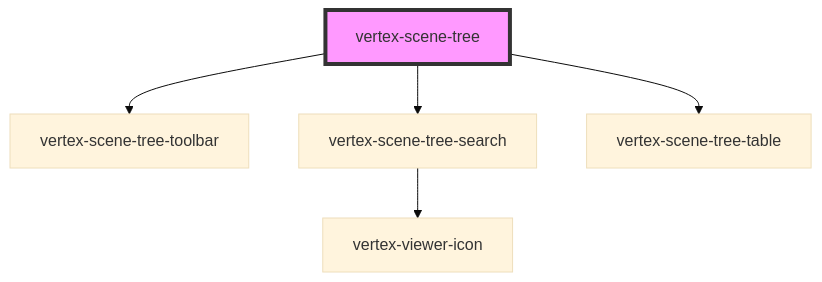
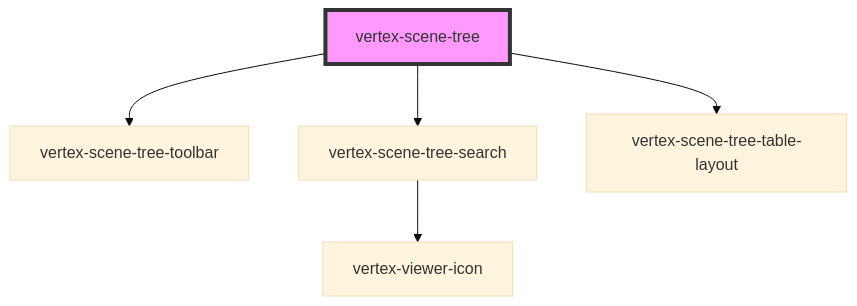
Before and after one commit to Vertexvis/vertex-web-sdk: the diagram in packages/viewer/src/components/scene-tree/readme.md, drawn with Mermaid (base theme). The commit also changed other lines of this file and 4 other files, not shown here.

````diff
--- a/packages/viewer/src/components/scene-tree/readme.md
+++ b/packages/viewer/src/components/scene-tree/readme.md
@@ -489,8 +489,8 @@
 ```mermaid
 graph TD;
   vertex-scene-tree --> vertex-scene-tree-toolbar
   vertex-scene-tree --> vertex-scene-tree-search
-  vertex-scene-tree --> vertex-scene-tree-table
+  vertex-scene-tree --> vertex-scene-tree-table-layout
   vertex-scene-tree-search --> vertex-viewer-icon
   style vertex-scene-tree fill:#f9f,stroke:#333,stroke-width:4px
 ```
````
